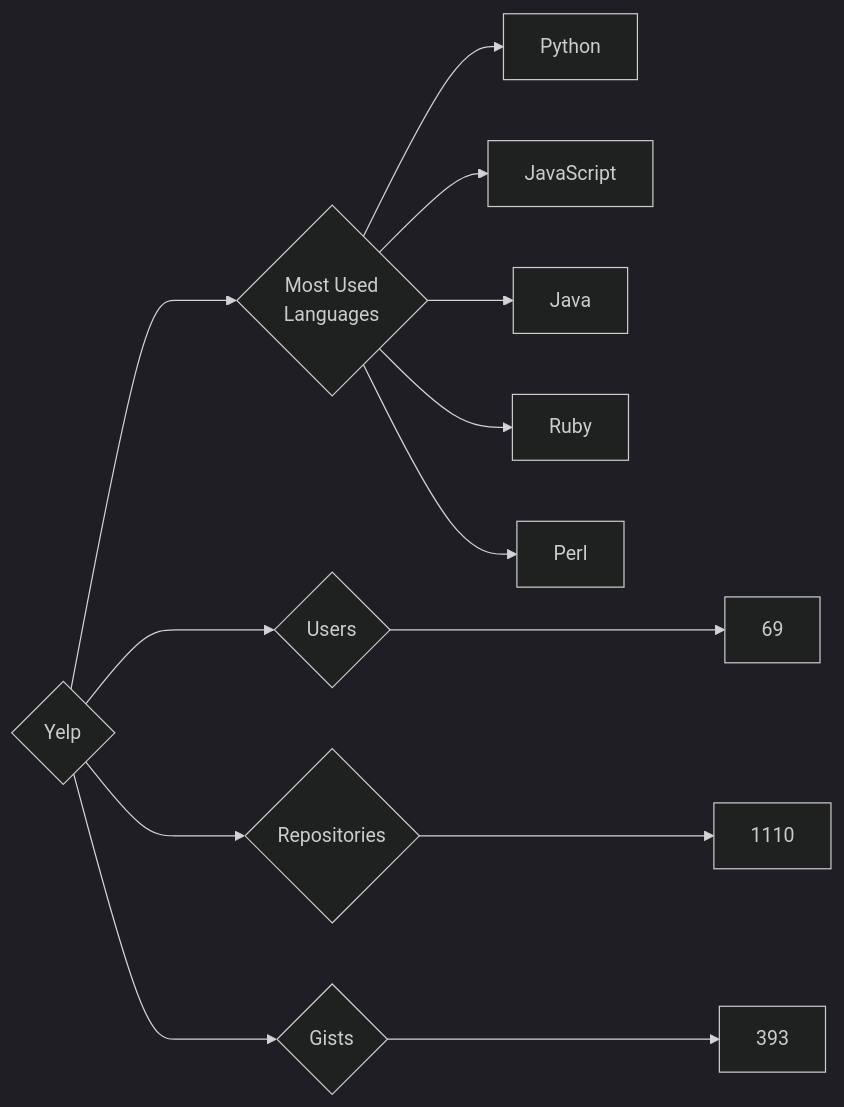
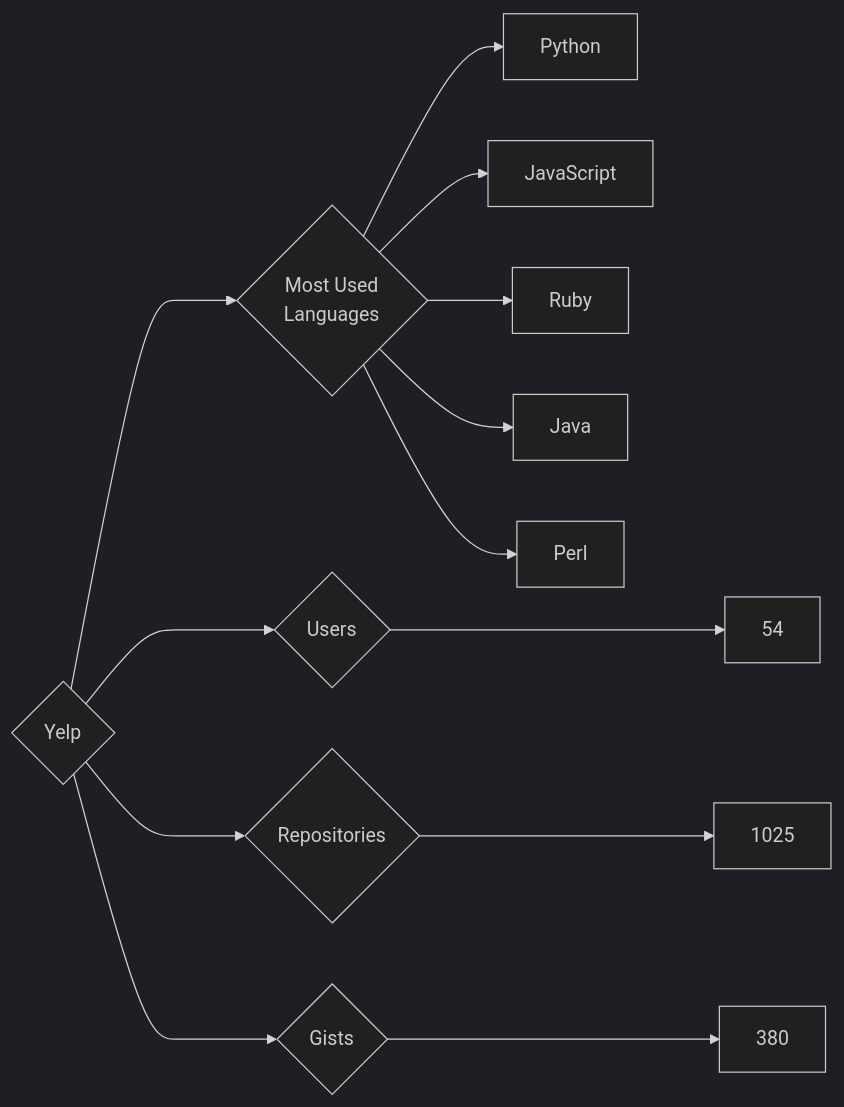
Before and after one commit to trickest/insiders: the diagram in targets/Yelp/README.md, drawn with Mermaid (dark theme). The commit also changed 995 other files, not shown here.

````diff
--- a/targets/Yelp/README.md
+++ b/targets/Yelp/README.md
@@ -3,13 +3,13 @@
 ```mermaid
 graph LR
 COMPANY_NAME{Yelp}
-COMPANY_NAME ---> U{Users} ---> UN[69]
-COMPANY_NAME ---> R{Repositories} ---> RN[1110]
-COMPANY_NAME ---> G{Gists} ---> GN[393]
+COMPANY_NAME ---> U{Users} ---> UN[54]
+COMPANY_NAME ---> R{Repositories} ---> RN[1025]
+COMPANY_NAME ---> G{Gists} ---> GN[380]
 COMPANY_NAME ---> ML{Most Used<br>Languages}
 ML --> Python[Python]
 ML --> JavaScript[JavaScript]
+ML --> Ruby[Ruby]
 ML --> Java[Java]
-ML --> Ruby[Ruby]
 ML --> Perl[Perl]
 ```
````
